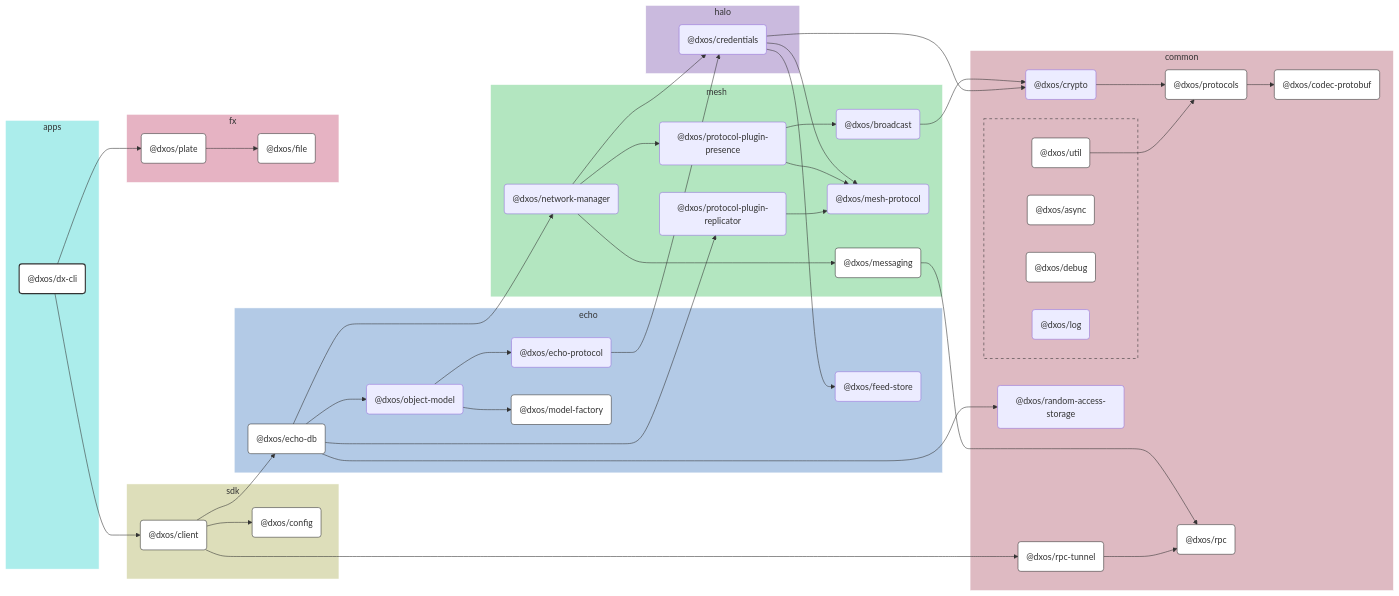
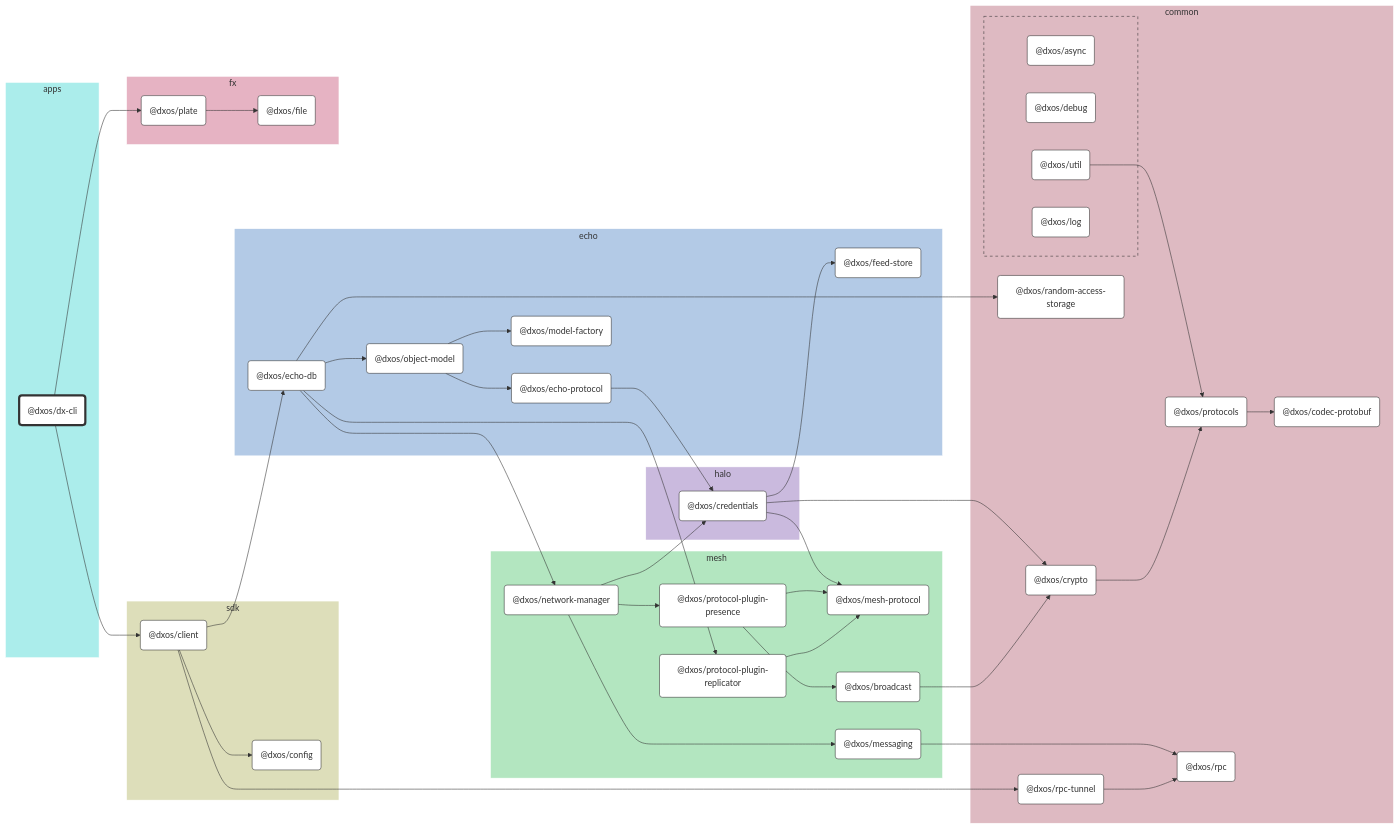
Before and after one commit to dxos/dxos: the diagram in apps/dx-cli/docs/README.md, drawn with Mermaid. The commit also changed other lines of this file and 104 other files, not shown here.

````diff
--- a/apps/dx-cli/docs/README.md
+++ b/apps/dx-cli/docs/README.md
@@ -9,140 +9,126 @@
 
 flowchart LR
 
-%% Links
-dxos/broadcast --> dxos/crypto;
-dxos/client --> dxos/config;
-dxos/client --> dxos/echo-db;
-dxos/client --> dxos/rpc-tunnel;
-dxos/credentials --> dxos/crypto;
-dxos/credentials --> dxos/feed-store;
-dxos/credentials --> dxos/mesh-protocol;
-dxos/crypto --> dxos/protocols;
-dxos/dx-cli --> dxos/client;
-dxos/dx-cli --> dxos/plate;
-dxos/echo-db --> dxos/network-manager;
-dxos/echo-db --> dxos/object-model;
-dxos/echo-db --> dxos/protocol-plugin-replicator;
-dxos/echo-db --> dxos/random-access-storage;
-dxos/echo-protocol --> dxos/credentials;
-dxos/messaging --> dxos/rpc;
-dxos/network-manager --> dxos/credentials;
-dxos/network-manager --> dxos/messaging;
-dxos/network-manager --> dxos/protocol-plugin-presence;
-dxos/object-model --> dxos/echo-protocol;
-dxos/object-model --> dxos/model-factory;
-dxos/plate --> dxos/file;
-dxos/protocol-plugin-presence --> dxos/broadcast;
-dxos/protocol-plugin-presence --> dxos/mesh-protocol;
-dxos/protocol-plugin-replicator --> dxos/mesh-protocol;
-dxos/protocols --> dxos/codec-protobuf;
-dxos/rpc-tunnel --> dxos/rpc;
-dxos/util --> dxos/protocols;
+%% Classes
+classDef def fill:#fff,stroke:#333,stroke-width:1px
+classDef root fill:#fff,stroke:#333,stroke-width:4px
 
-%% Sections
-subgraph apps
-  style apps fill:#abedeb,stroke:#fff;
+%% Nodes
 
-  dxos/dx-cli("@dxos/dx-cli")
+subgraph apps [apps]
+  style apps fill:#abedeb,stroke:#fff
+  dxos/dx-cli("@dxos/dx-cli"):::root
+  click dxos/dx-cli "dxos/dxos/tree/main/apps/dx-cli/docs"
 end
 
-subgraph common
-  style common fill:#debac2,stroke:#fff;
-
-  dxos/codec-protobuf("@dxos/codec-protobuf")
-  dxos/crypto("@dxos/crypto")
-  dxos/protocols("@dxos/protocols")
-  dxos/random-access-storage("@dxos/random-access-storage")
-  dxos/rpc("@dxos/rpc")
-  dxos/rpc-tunnel("@dxos/rpc-tunnel")
+subgraph common [common]
+  style common fill:#debac2,stroke:#fff
+  dxos/codec-protobuf("@dxos/codec-protobuf"):::def
+  click dxos/codec-protobuf "dxos/dxos/tree/main/packages/common/codec-protobuf/docs"
+  dxos/protocols("@dxos/protocols"):::def
+  click dxos/protocols "dxos/dxos/tree/main/packages/common/protocols/docs"
+  dxos/crypto("@dxos/crypto"):::def
+  click dxos/crypto "dxos/dxos/tree/main/packages/common/crypto/docs"
+  dxos/rpc("@dxos/rpc"):::def
+  click dxos/rpc "dxos/dxos/tree/main/packages/common/rpc/docs"
+  dxos/random-access-storage("@dxos/random-access-storage"):::def
+  click dxos/random-access-storage "dxos/dxos/tree/main/packages/common/random-access-storage/docs"
+  dxos/rpc-tunnel("@dxos/rpc-tunnel"):::def
+  click dxos/rpc-tunnel "dxos/dxos/tree/main/packages/common/rpc-tunnel/docs"
 
   subgraph common-excluded [ ]
-    style common-excluded fill:#debac2,stroke:#333,stroke-dasharray:5 5;
-
-    dxos/async("@dxos/async")
-    dxos/debug("@dxos/debug")
-    dxos/log("@dxos/log")
-    dxos/util("@dxos/util")
+    style common-excluded fill:#debac2,stroke:#333,stroke-dasharray:5 5
+    dxos/async("@dxos/async"):::def
+    click dxos/async "dxos/dxos/tree/main/packages/common/async/docs"
+    dxos/debug("@dxos/debug"):::def
+    click dxos/debug "dxos/dxos/tree/main/packages/common/debug/docs"
+    dxos/util("@dxos/util"):::def
+    click dxos/util "dxos/dxos/tree/main/packages/common/util/docs"
+    dxos/log("@dxos/log"):::def
+    click dxos/log "dxos/dxos/tree/main/packages/common/log/docs"
   end
 end
 
-subgraph sdk
-  style sdk fill:#dddeba,stroke:#fff;
-
-  dxos/client("@dxos/client")
-  dxos/config("@dxos/config")
+subgraph sdk [sdk]
+  style sdk fill:#dddeba,stroke:#fff
+  dxos/client("@dxos/client"):::def
+  click dxos/client "dxos/dxos/tree/main/packages/sdk/client/docs"
+  dxos/config("@dxos/config"):::def
+  click dxos/config "dxos/dxos/tree/main/packages/sdk/config/docs"
 end
 
-subgraph echo
-  style echo fill:#b3cae6,stroke:#fff;
-
-  dxos/echo-db("@dxos/echo-db")
-  dxos/echo-protocol("@dxos/echo-protocol")
-  dxos/feed-store("@dxos/feed-store")
-  dxos/model-factory("@dxos/model-factory")
-  dxos/object-model("@dxos/object-model")
+subgraph echo [echo]
+  style echo fill:#b3cae6,stroke:#fff
+  dxos/echo-db("@dxos/echo-db"):::def
+  click dxos/echo-db "dxos/dxos/tree/main/packages/echo/echo-db/docs"
+  dxos/feed-store("@dxos/feed-store"):::def
+  click dxos/feed-store "dxos/dxos/tree/main/packages/echo/feed-store/docs"
+  dxos/echo-protocol("@dxos/echo-protocol"):::def
+  click dxos/echo-protocol "dxos/dxos/tree/main/packages/echo/echo-protocol/docs"
+  dxos/model-factory("@dxos/model-factory"):::def
+  click dxos/model-factory "dxos/dxos/tree/main/packages/echo/model-factory/docs"
+  dxos/object-model("@dxos/object-model"):::def
+  click dxos/object-model "dxos/dxos/tree/main/packages/echo/object-model/docs"
 end
 
-subgraph halo
-  style halo fill:#cabade,stroke:#fff;
-
-  dxos/credentials("@dxos/credentials")
+subgraph halo [halo]
+  style halo fill:#cabade,stroke:#fff
+  dxos/credentials("@dxos/credentials"):::def
+  click dxos/credentials "dxos/dxos/tree/main/packages/halo/credentials/docs"
 end
 
-subgraph mesh
-  style mesh fill:#b3e6c0,stroke:#fff;
-
-  dxos/broadcast("@dxos/broadcast")
-  dxos/mesh-protocol("@dxos/mesh-protocol")
-  dxos/messaging("@dxos/messaging")
-  dxos/network-manager("@dxos/network-manager")
-  dxos/protocol-plugin-presence("@dxos/protocol-plugin-presence")
-  dxos/protocol-plugin-replicator("@dxos/protocol-plugin-replicator")
+subgraph mesh [mesh]
+  style mesh fill:#b3e6c0,stroke:#fff
+  dxos/mesh-protocol("@dxos/mesh-protocol"):::def
+  click dxos/mesh-protocol "dxos/dxos/tree/main/packages/mesh/mesh-protocol/docs"
+  dxos/messaging("@dxos/messaging"):::def
+  click dxos/messaging "dxos/dxos/tree/main/packages/mesh/messaging/docs"
+  dxos/network-manager("@dxos/network-manager"):::def
+  click dxos/network-manager "dxos/dxos/tree/main/packages/mesh/network-manager/docs"
+  dxos/protocol-plugin-presence("@dxos/protocol-plugin-presence"):::def
+  click dxos/protocol-plugin-presence "dxos/dxos/tree/main/packages/mesh/protocol-plugin-presence/docs"
+  dxos/broadcast("@dxos/broadcast"):::def
+  click dxos/broadcast "dxos/dxos/tree/main/packages/mesh/broadcast/docs"
+  dxos/protocol-plugin-replicator("@dxos/protocol-plugin-replicator"):::def
+  click dxos/protocol-plugin-replicator "dxos/dxos/tree/main/packages/mesh/protocol-plugin-replicator/docs"
 end
 
-subgraph fx
-  style fx fill:#e6b3c3,stroke:#fff;
-
-  dxos/file("@dxos/file")
-  dxos/plate("@dxos/plate")
+subgraph fx [fx]
+  style fx fill:#e6b3c3,stroke:#fff
+  dxos/plate("@dxos/plate"):::def
+  click dxos/plate "dxos/dxos/tree/main/packages/fx/plate/docs"
+  dxos/file("@dxos/file"):::def
+  click dxos/file "dxos/dxos/tree/main/packages/fx/file/docs"
 end
 
-
-%% Hyperlinks
-click dxos/async "dxos/dxos/tree/main/packages/common/async/docs";
-click dxos/client "dxos/dxos/tree/main/packages/sdk/client/docs";
-click dxos/codec-protobuf "dxos/dxos/tree/main/packages/common/codec-protobuf/docs";
-click dxos/config "dxos/dxos/tree/main/packages/sdk/config/docs";
-click dxos/debug "dxos/dxos/tree/main/packages/common/debug/docs";
-click dxos/echo-db "dxos/dxos/tree/main/packages/echo/echo-db/docs";
-click dxos/file "dxos/dxos/tree/main/packages/fx/file/docs";
-click dxos/messaging "dxos/dxos/tree/main/packages/mesh/messaging/docs";
-click dxos/model-factory "dxos/dxos/tree/main/packages/echo/model-factory/docs";
-click dxos/plate "dxos/dxos/tree/main/packages/fx/plate/docs";
-click dxos/protocols "dxos/dxos/tree/main/packages/common/protocols/docs";
-click dxos/rpc "dxos/dxos/tree/main/packages/common/rpc/docs";
-click dxos/rpc-tunnel "dxos/dxos/tree/main/packages/common/rpc-tunnel/docs";
-click dxos/util "dxos/dxos/tree/main/packages/common/util/docs";
-
-%% Styles
-classDef rootNode fill:#fff,stroke:#333,stroke-width:2px
-classDef defaultNode fill:#fff,stroke:#333,stroke-width:1px
+%% Links
 linkStyle default stroke:#333,stroke-width:1px
-
-dxos/dx-cli:::rootNode
-
-dxos/async:::defaultNode
-dxos/client:::defaultNode
-dxos/codec-protobuf:::defaultNode
-dxos/config:::defaultNode
-dxos/debug:::defaultNode
-dxos/echo-db:::defaultNode
-dxos/file:::defaultNode
-dxos/messaging:::defaultNode
-dxos/model-factory:::defaultNode
-dxos/plate:::defaultNode
-dxos/protocols:::defaultNode
-dxos/rpc:::defaultNode
-dxos/rpc-tunnel:::defaultNode
-dxos/util:::defaultNode
+dxos/dx-cli --> dxos/client
+dxos/client --> dxos/config
+dxos/protocols --> dxos/codec-protobuf
+dxos/util --> dxos/protocols
+dxos/client --> dxos/echo-db
+dxos/credentials --> dxos/crypto
+dxos/crypto --> dxos/protocols
+dxos/credentials --> dxos/feed-store
+dxos/credentials --> dxos/mesh-protocol
+dxos/echo-protocol --> dxos/credentials
+dxos/messaging --> dxos/rpc
+dxos/echo-db --> dxos/network-manager
+dxos/network-manager --> dxos/credentials
+dxos/network-manager --> dxos/messaging
+dxos/network-manager --> dxos/protocol-plugin-presence
+dxos/protocol-plugin-presence --> dxos/broadcast
+dxos/broadcast --> dxos/crypto
+dxos/protocol-plugin-presence --> dxos/mesh-protocol
+dxos/echo-db --> dxos/object-model
+dxos/object-model --> dxos/echo-protocol
+dxos/object-model --> dxos/model-factory
+dxos/echo-db --> dxos/protocol-plugin-replicator
+dxos/protocol-plugin-replicator --> dxos/mesh-protocol
+dxos/echo-db --> dxos/random-access-storage
+dxos/client --> dxos/rpc-tunnel
+dxos/rpc-tunnel --> dxos/rpc
+dxos/dx-cli --> dxos/plate
+dxos/plate --> dxos/file
 ```
````
